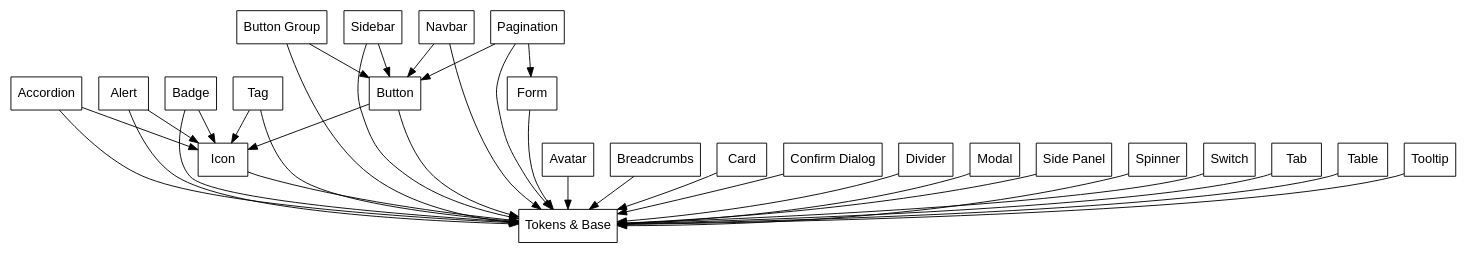
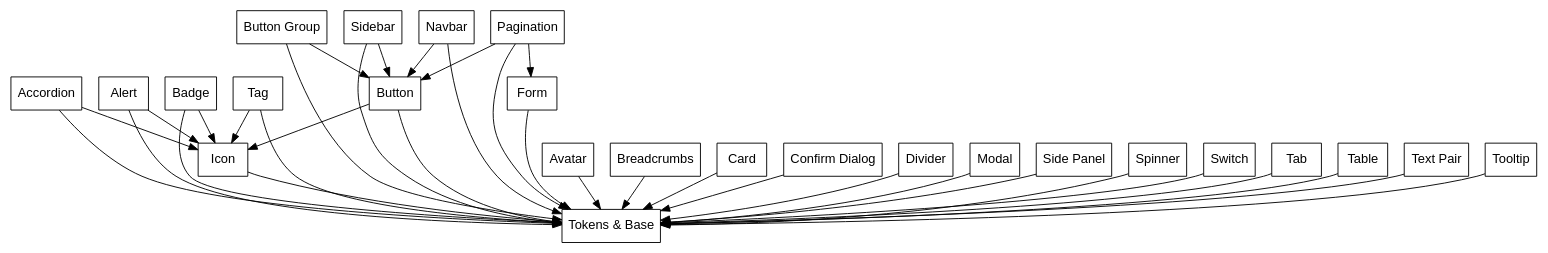
The diagram in tools/generate-graph.dot (RoleModel/optics), drawn with Graphviz before and after one commit. The commit also changed 8 other files, not shown here.

Commit message:
Add text pair component

```diff
--- a/tools/generate-graph.dot
+++ b/tools/generate-graph.dot
@@ -1,50 +1,51 @@
 digraph dependencies {
   fontname = "Helvetica,Arial,sans-serif";
   node [fontname = "Helvetica,Arial,sans-serif";];
   edge [fontname = "Helvetica,Arial,sans-serif";];
   node [shape = box;];
   "Tokens & Base";
 
   "Accordion" -> "Tokens & Base";
   "Accordion" -> "Icon";
 
   "Alert" -> "Tokens & Base";
   "Alert" -> "Icon";
 
   "Badge" -> "Tokens & Base";
   "Badge" -> "Icon";
 
   "Button" -> "Tokens & Base";
   "Button" -> "Icon";
 
   "Tag" -> "Tokens & Base";
   "Tag" -> "Icon";
 
   "Button Group" -> "Tokens & Base";
   "Button Group" -> "Button";
 
   "Sidebar" -> "Tokens & Base";
   "Sidebar" -> "Button";
 
   "Navbar" -> "Tokens & Base";
   "Navbar" -> "Button";
 
   "Pagination" -> "Button";
   "Pagination" -> "Form";
   "Pagination" -> "Tokens & Base";
 
   "Avatar" -> "Tokens & Base";
   "Breadcrumbs" -> "Tokens & Base";
   "Card" -> "Tokens & Base";
   "Confirm Dialog" -> "Tokens & Base";
   "Divider" -> "Tokens & Base";
   "Form" -> "Tokens & Base";
   "Icon" -> "Tokens & Base";
   "Modal" -> "Tokens & Base";
   "Side Panel" -> "Tokens & Base";
   "Spinner" -> "Tokens & Base";
   "Switch" -> "Tokens & Base";
   "Tab" -> "Tokens & Base";
   "Table" -> "Tokens & Base";
+  "Text Pair" -> "Tokens & Base";
   "Tooltip" -> "Tokens & Base";
 }
```
